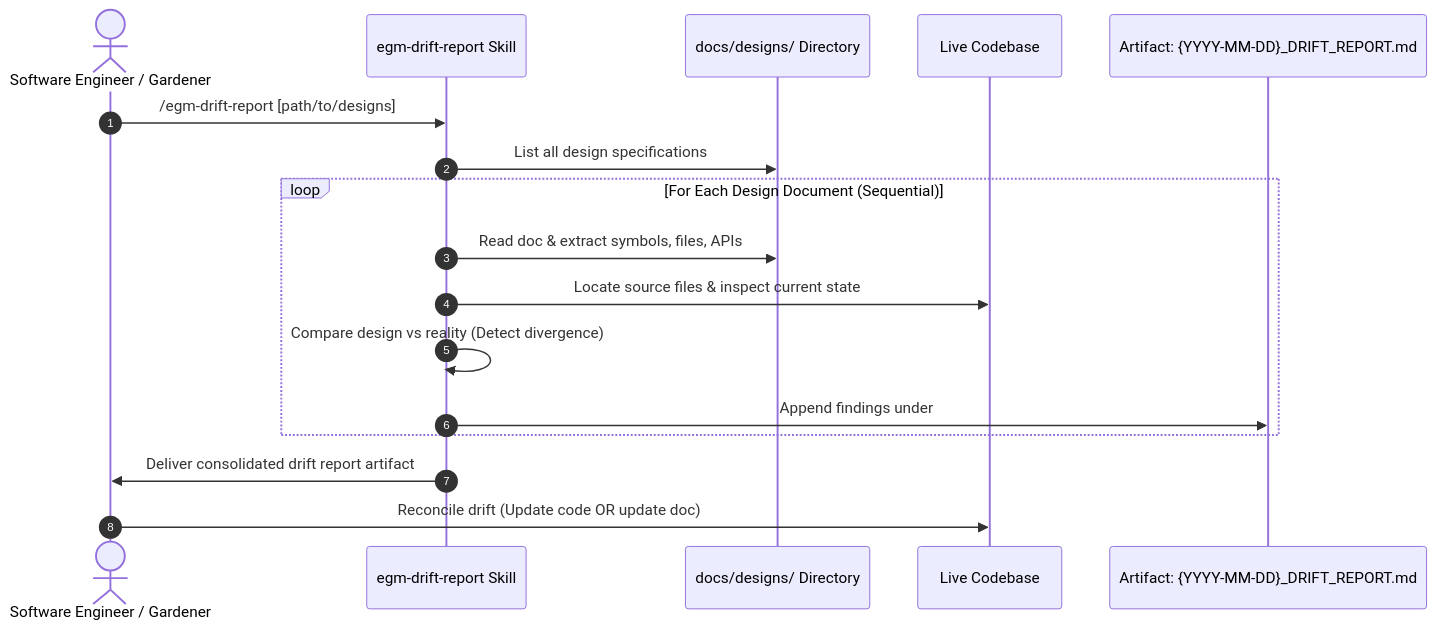
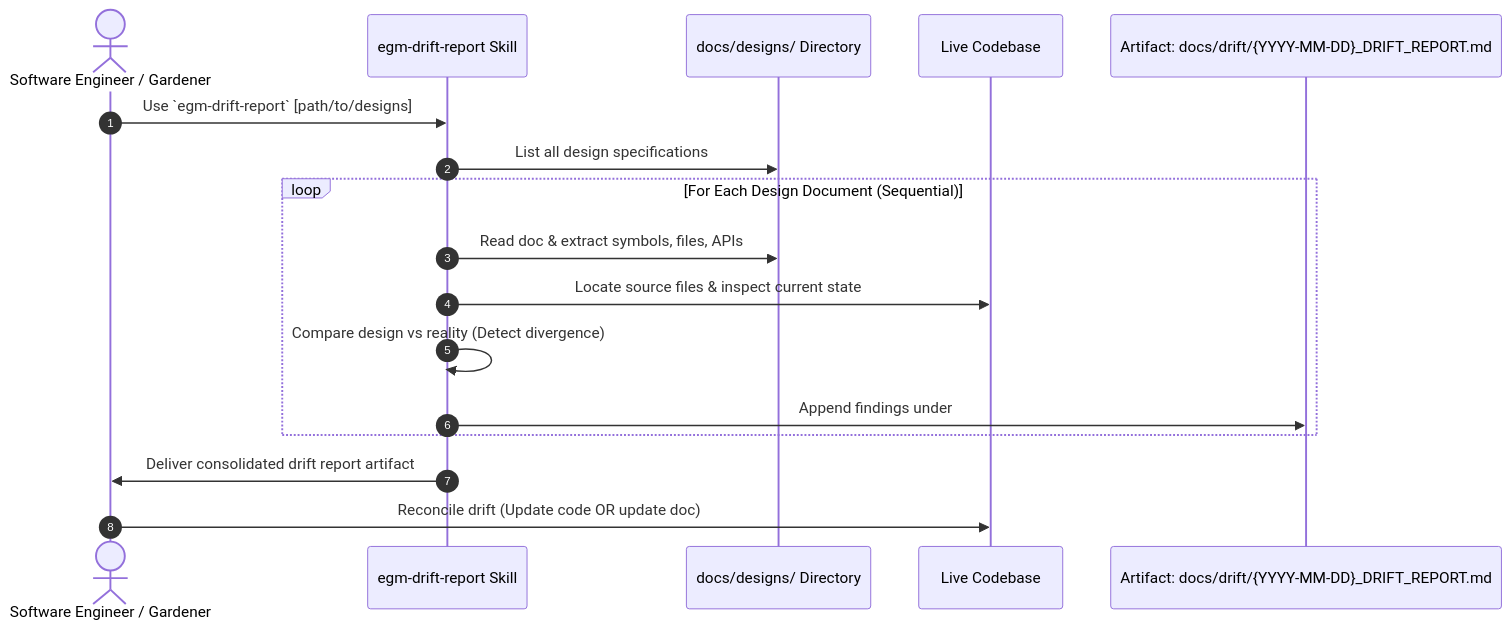
The diagram in egm/docs/designs/drift_report.md (baysao/dot.agents), drawn with Mermaid before and after one commit. The commit also changed other lines of this file and 1549 other files, not shown here.

First line of the commit message:
update: SEED graduate-at-root flow, PAUL/EGM flow edits, new commands/skills

````diff
--- a/egm/docs/designs/drift_report.md
+++ b/egm/docs/designs/drift_report.md
@@ -38,20 +38,20 @@
 ```mermaid
 sequenceDiagram
     autonumber
     actor Human as Software Engineer / Gardener
     participant DriftSkill as egm-drift-report Skill
     participant DesignDir as docs/designs/ Directory
     participant Codebase as Live Codebase
-    participant Artifact as Artifact: {YYYY-MM-DD}_DRIFT_REPORT.md
+    participant Artifact as Artifact: docs/drift/{YYYY-MM-DD}_DRIFT_REPORT.md
 
-    Human->>DriftSkill: /egm-drift-report [path/to/designs]
+    Human->>DriftSkill: Use `egm-drift-report` [path/to/designs]
     DriftSkill->>DesignDir: List all design specifications
     loop For Each Design Document (Sequential)
         DriftSkill->>DesignDir: Read doc & extract symbols, files, APIs
         DriftSkill->>Codebase: Locate source files & inspect current state
         DriftSkill->>DriftSkill: Compare design vs reality (Detect divergence)
         DriftSkill->>Artifact: Append findings under ## <DOC_NAME>
     end
     DriftSkill->>Human: Deliver consolidated drift report artifact
     Human->>Codebase: Reconcile drift (Update code OR update doc)
 ```
````
